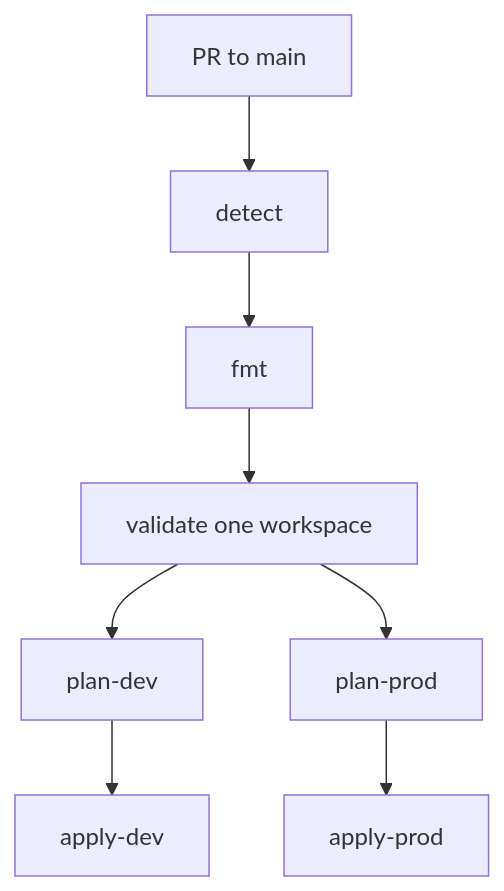
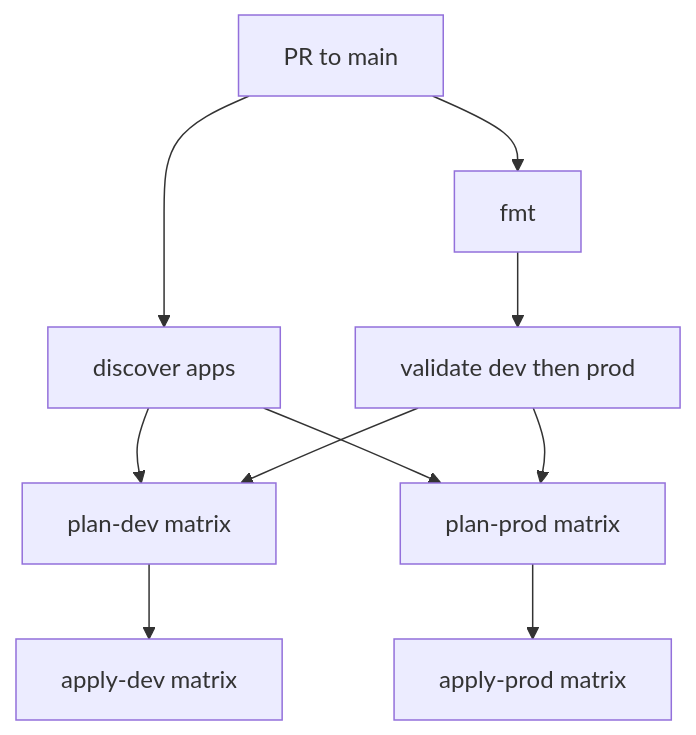
The second of 4 diagrams in README.md (almssp/gcp-cloud-run-terraform), drawn with Mermaid before and after one commit. The commit also changed other lines of this file and 4 other files, not shown here.

````diff
--- a/README.md
+++ b/README.md
@@ -75,18 +75,20 @@
 ```mermaid
 flowchart TB
   t[PR to main]
-  d[detect]
+  d[discover apps]
   f[fmt]
-  v[validate one workspace]
-  pd[plan-dev]
-  pp[plan-prod]
-  ad[apply-dev]
-  ap[apply-prod]
+  v[validate dev then prod]
+  pd[plan-dev matrix]
+  pp[plan-prod matrix]
+  ad[apply-dev matrix]
+  ap[apply-prod matrix]
   t --> d
-  d --> f
+  t --> f
   f --> v
+  d --> pd
+  d --> pp
   v --> pd
   v --> pp
   pd --> ad
   pp --> ap
 ```
````
